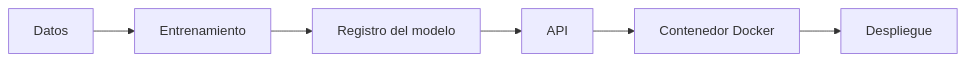
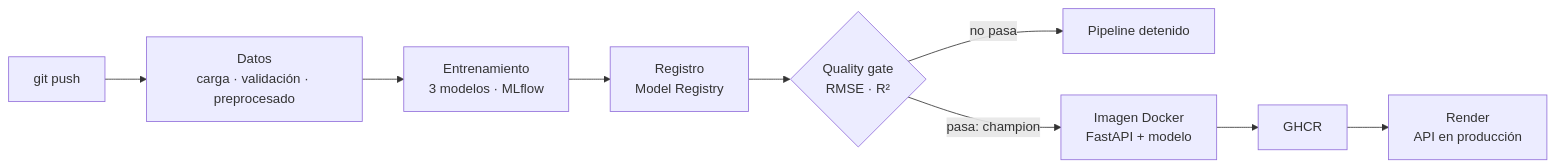
One commit to juan1639/Portfolio_data_science changed the diagram in proyectos/mlops.qmd. Above: the diagram before and after it, drawn with Mermaid. The commit also changed other lines of this file and 5 other files, not shown here.

````diff
--- a/proyectos/mlops.qmd
+++ b/proyectos/mlops.qmd
@@ -15,8 +38,11 @@
 ```{mermaid}
 flowchart LR
-  A[Datos] --> B[Entrenamiento]
-  B --> C[Registro del modelo]
-  C --> D[API]
-  D --> E[Contenedor Docker]
-  E --> F[Despliegue]
+    A["git push"] --> B["Datos<br/>carga · validación · preprocesado"]
+    B --> C["Entrenamiento<br/>3 modelos · MLflow"]
+    C --> D["Registro<br/>Model Registry"]
+    D --> E{"Quality gate<br/>RMSE · R²"}
+    E -- "no pasa" --> X["Pipeline detenido"]
+    E -- "pasa: champion" --> F["Imagen Docker<br/>FastAPI + modelo"]
+    F --> G["GHCR"]
+    G --> H["Render<br/>API en producción"]
 ```
````
